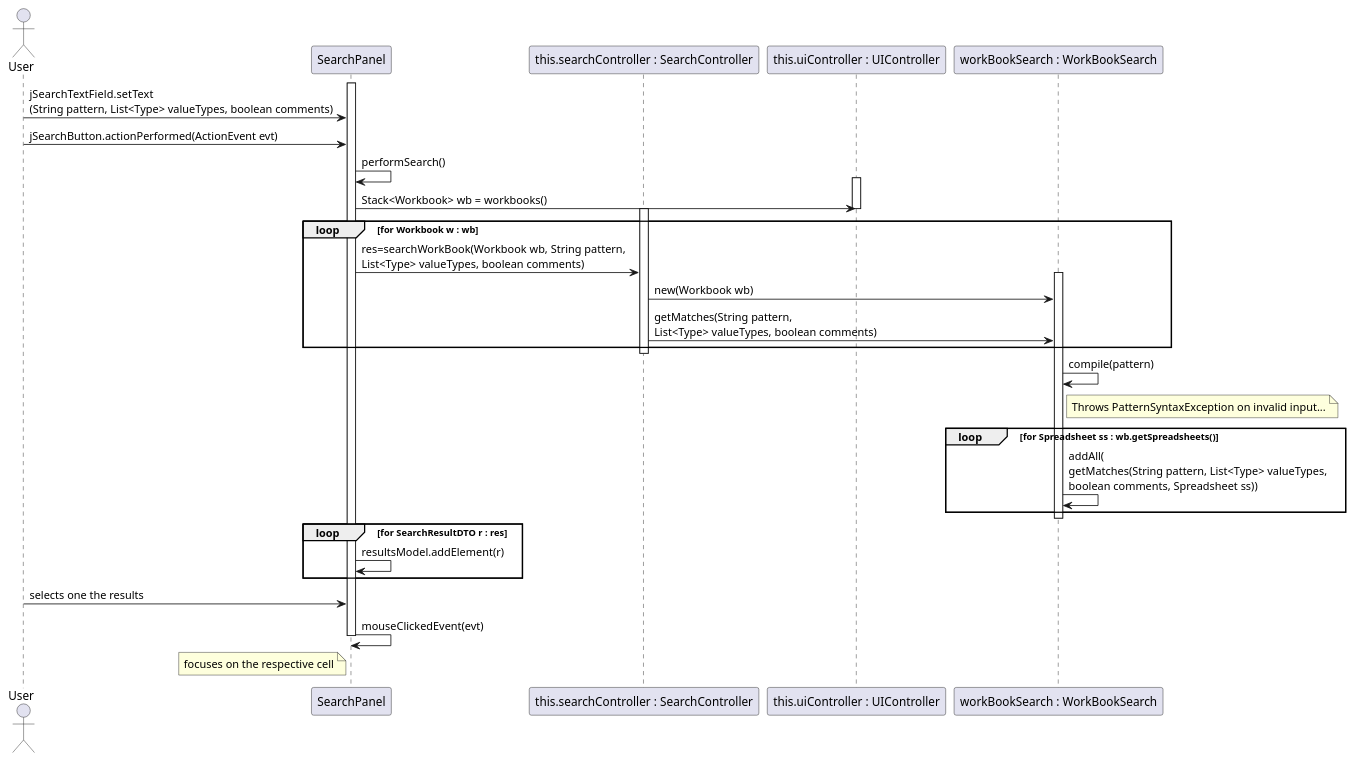
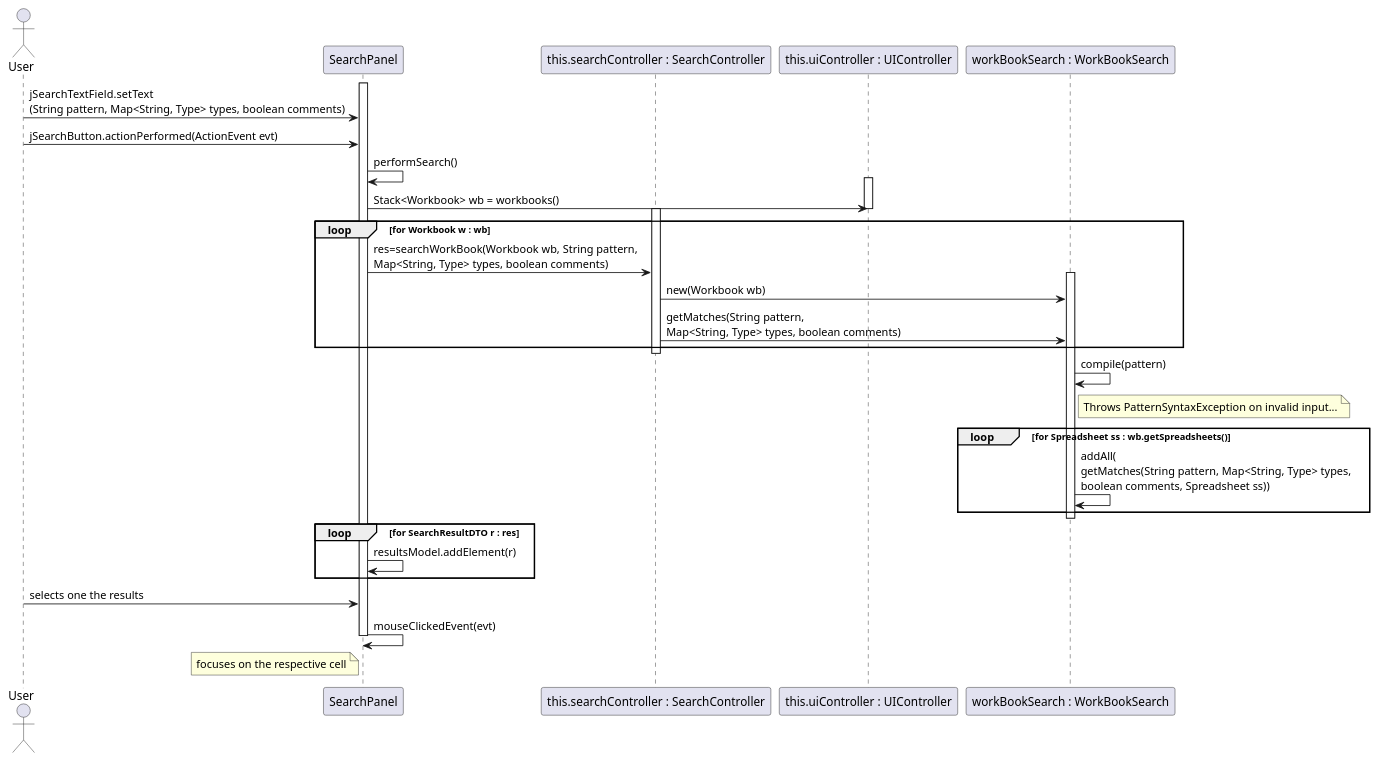
Before and after one commit to RubenTeixeira/cleansheets_isep_2dg_2016: the diagram in src/main/java/csheets/worklog/n1140329/sprint3/core07_02_design_2.puml, drawn with PlantUML. The commit also changed 2 other files, not shown here.

```diff
--- a/src/main/java/csheets/worklog/n1140329/sprint3/core07_02_design_2.puml
+++ b/src/main/java/csheets/worklog/n1140329/sprint3/core07_02_design_2.puml
@@ -1,42 +1,42 @@
   @startuml doc-files/core07_02_design_2.png
   actor User
   participant SearchPanel as SP
   participant "this.searchController : SearchController" as SC
   participant "this.uiController : UIController" as UIC
   participant "workBookSearch : WorkBookSearch" as wbs
 
   activate SP
-  User -> SP : jSearchTextField.setText\n(String pattern, List<Type> valueTypes, boolean comments)
+  User -> SP : jSearchTextField.setText\n(String pattern, Map<String, Type> types, boolean comments)
   User -> SP : jSearchButton.actionPerformed(ActionEvent evt)
   SP -> SP : performSearch()
   activate UIC
   SP -> UIC : Stack<Workbook> wb = workbooks()
   deactivate UIC
 
   activate SC
   loop for Workbook w : wb
-  SP -> SC : res=searchWorkBook(Workbook wb, String pattern,\nList<Type> valueTypes, boolean comments)
+  SP -> SC : res=searchWorkBook(Workbook wb, String pattern,\nMap<String, Type> types, boolean comments)
   activate wbs
   SC -> wbs : new(Workbook wb)
-  SC -> wbs : getMatches(String pattern,\nList<Type> valueTypes, boolean comments)
+  SC -> wbs : getMatches(String pattern,\nMap<String, Type> types, boolean comments)
   end loop
   deactivate SC
 
   wbs -> wbs : compile(pattern)
   note right of wbs
         Throws PatternSyntaxException on invalid input...
   end note
   loop for Spreadsheet ss : wb.getSpreadsheets()
-  	wbs -> wbs : addAll(\ngetMatches(String pattern, List<Type> valueTypes,\nboolean comments, Spreadsheet ss))
+  	wbs -> wbs : addAll(\ngetMatches(String pattern, Map<String, Type> types,\nboolean comments, Spreadsheet ss))
   end
   deactivate wbs
   loop for SearchResultDTO r : res
   	SP -> SP : resultsModel.addElement(r)
   end
 
   User -> SP : selects one the results
   SP -> SP : mouseClickedEvent(evt)
   note left of SP : focuses on the respective cell
 
   deactivate SP
   @enduml
```
